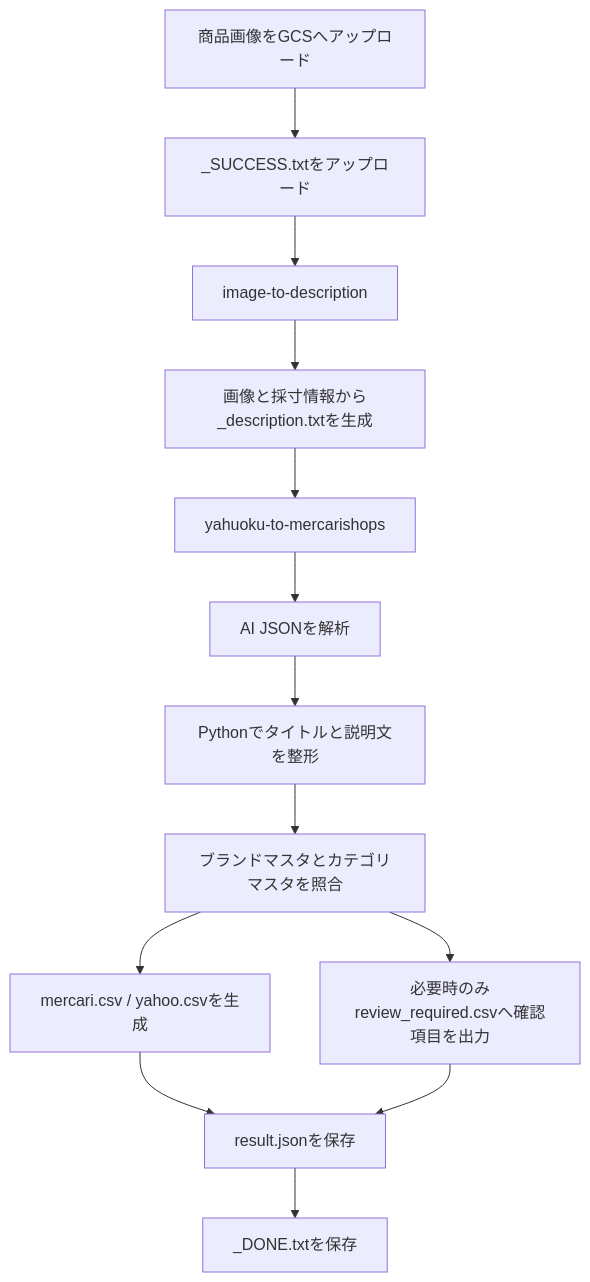
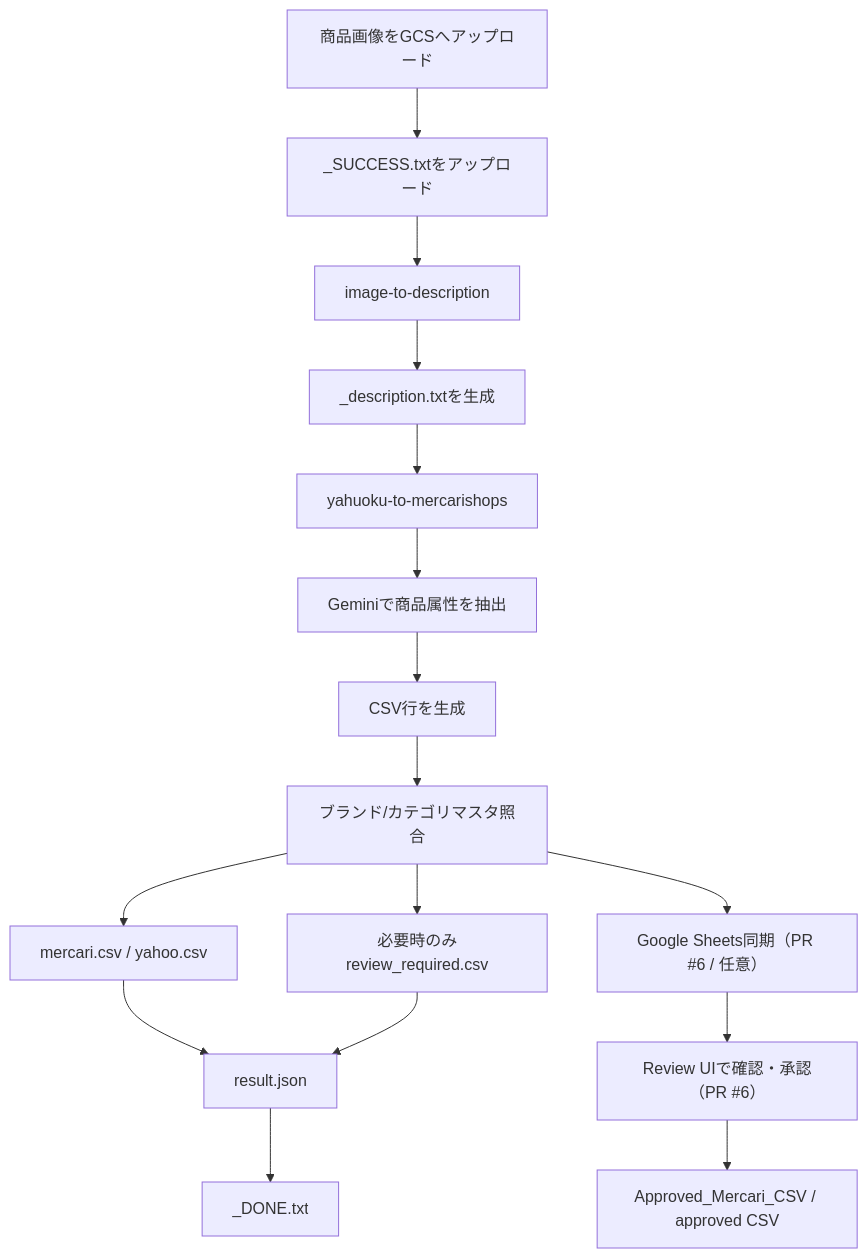
One commit to HIRABAweb/mercari-shops-auto-description changed the diagram in README.md. Above: the diagram before and after it, drawn with Mermaid. The commit also changed other lines of this file, not shown here.

````diff
--- a/README.md
+++ b/README.md
@@ -30,15 +87,18 @@
 ```mermaid
 flowchart TD
     A[商品画像をGCSへアップロード] --> B[_SUCCESS.txtをアップロード]
     B --> C[image-to-description]
-    C --> D[画像と採寸情報から_description.txtを生成]
+    C --> D[_description.txtを生成]
     D --> E[yahuoku-to-mercarishops]
-    E --> F[AI JSONを解析]
-    F --> G[Pythonでタイトルと説明文を整形]
-    G --> H[ブランドマスタとカテゴリマスタを照合]
-    H --> I[mercari.csv / yahoo.csvを生成]
-    H --> J[必要時のみreview_required.csvへ確認項目を出力]
-    I --> K[result.jsonを保存]
+    E --> F[Geminiで商品属性を抽出]
+    F --> G[CSV行を生成]
+    G --> H[ブランド/カテゴリマスタ照合]
+    H --> I[mercari.csv / yahoo.csv]
+    H --> J[必要時のみreview_required.csv]
+    I --> K[result.json]
     J --> K
-    K --> L[_DONE.txtを保存]
+    K --> L[_DONE.txt]
+    H --> M[Google Sheets同期（PR #6 / 任意）]
+    M --> N[Review UIで確認・承認（PR #6）]
+    N --> O[Approved_Mercari_CSV / approved CSV]
 ```
````
